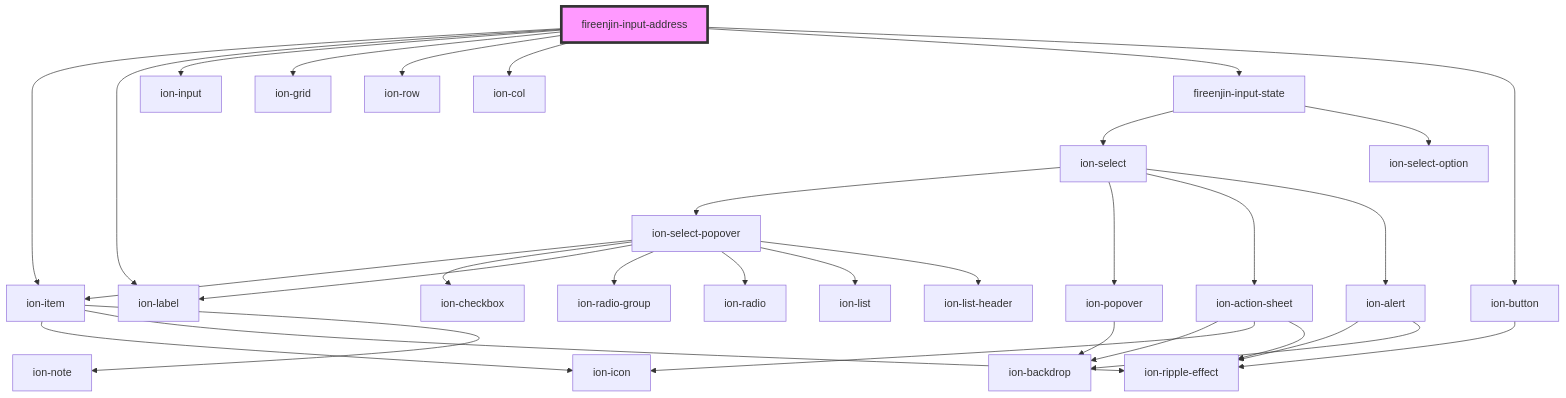
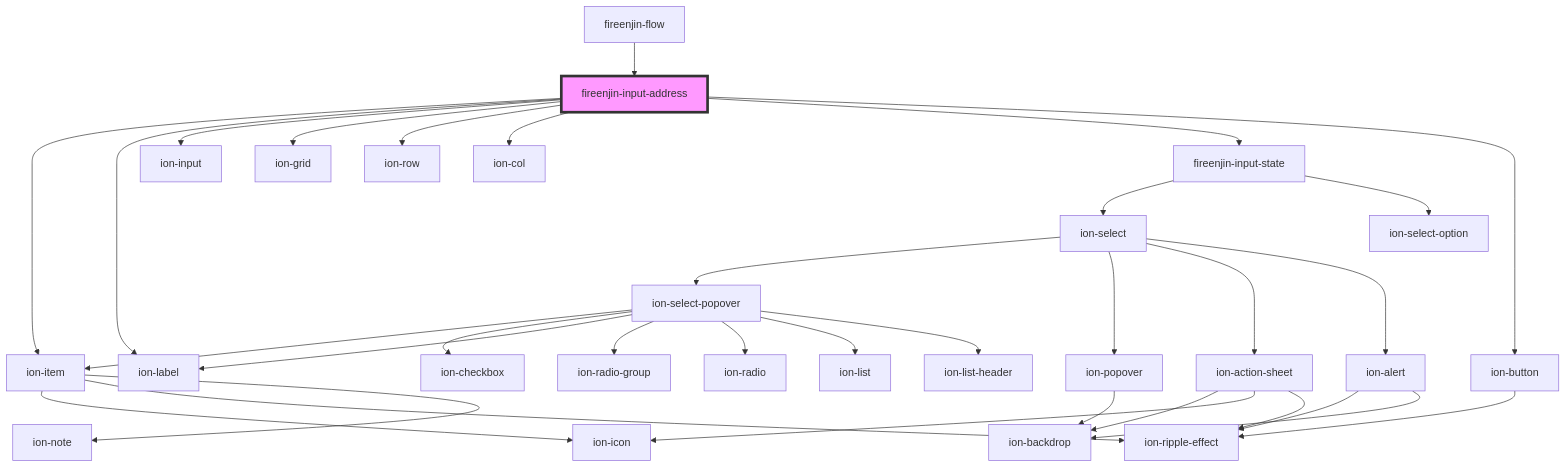
One commit to FireEnjin/Components changed the diagram in src/components/input-address/readme.md. Above: the diagram before and after it, drawn with Mermaid. The commit also changed other lines of this file and 10 other files, not shown here.

Commit message:
fix(flow): Setup basic flow form functionality

````diff
--- a/src/components/input-address/readme.md
+++ b/src/components/input-address/readme.md
@@ -43,35 +47,36 @@
 ```mermaid
 graph TD;
   fireenjin-input-address --> ion-item
   fireenjin-input-address --> ion-label
   fireenjin-input-address --> ion-input
   fireenjin-input-address --> ion-grid
   fireenjin-input-address --> ion-row
   fireenjin-input-address --> ion-col
   fireenjin-input-address --> fireenjin-input-state
   fireenjin-input-address --> ion-button
   ion-item --> ion-icon
   ion-item --> ion-ripple-effect
   ion-item --> ion-note
   fireenjin-input-state --> ion-select
   fireenjin-input-state --> ion-select-option
   ion-select --> ion-select-popover
   ion-select --> ion-popover
   ion-select --> ion-action-sheet
   ion-select --> ion-alert
   ion-select-popover --> ion-item
   ion-select-popover --> ion-checkbox
   ion-select-popover --> ion-label
   ion-select-popover --> ion-radio-group
   ion-select-popover --> ion-radio
   ion-select-popover --> ion-list
   ion-select-popover --> ion-list-header
   ion-popover --> ion-backdrop
   ion-action-sheet --> ion-backdrop
   ion-action-sheet --> ion-icon
   ion-action-sheet --> ion-ripple-effect
   ion-alert --> ion-ripple-effect
   ion-alert --> ion-backdrop
   ion-button --> ion-ripple-effect
+  fireenjin-flow --> fireenjin-input-address
   style fireenjin-input-address fill:#f9f,stroke:#333,stroke-width:4px
 ```
````
